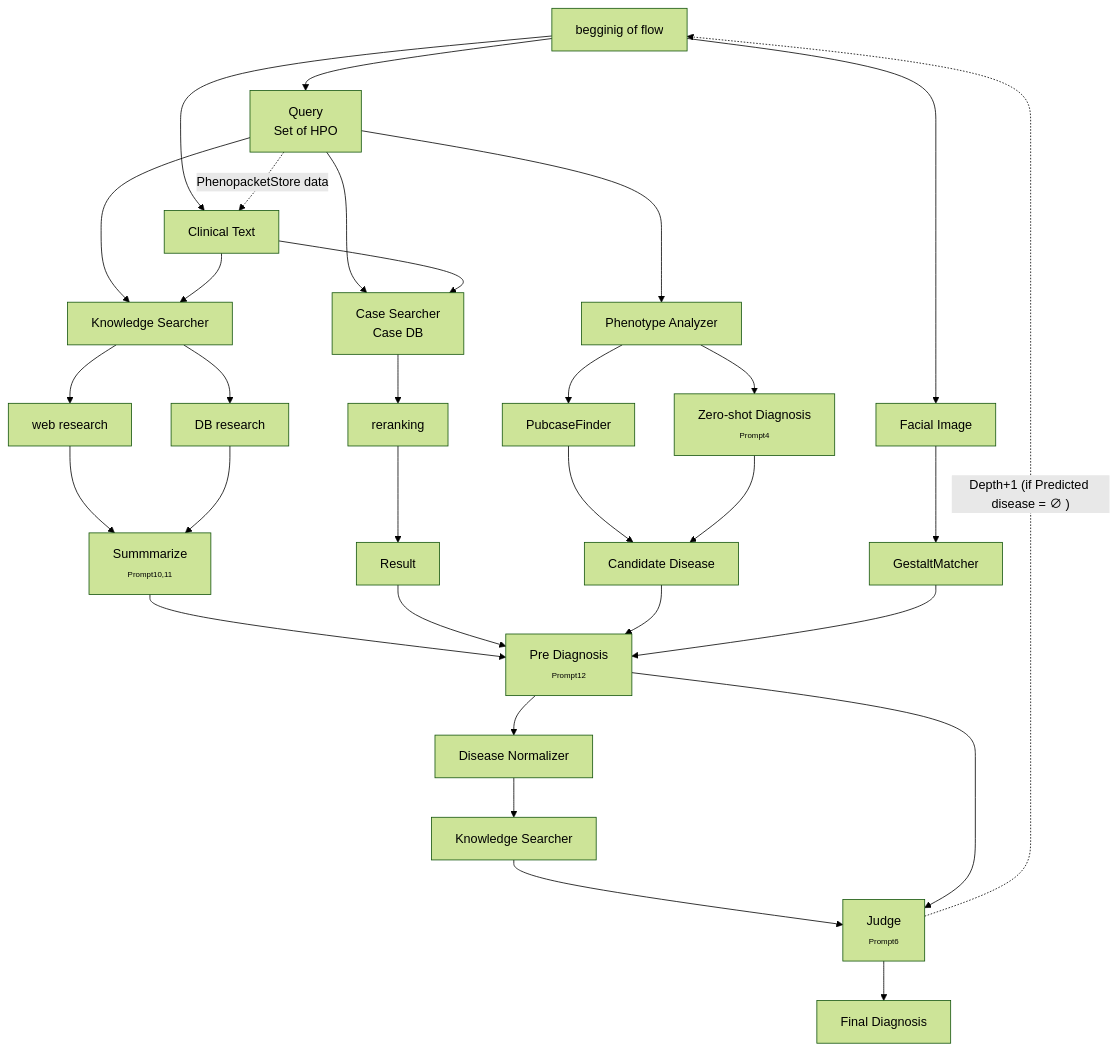
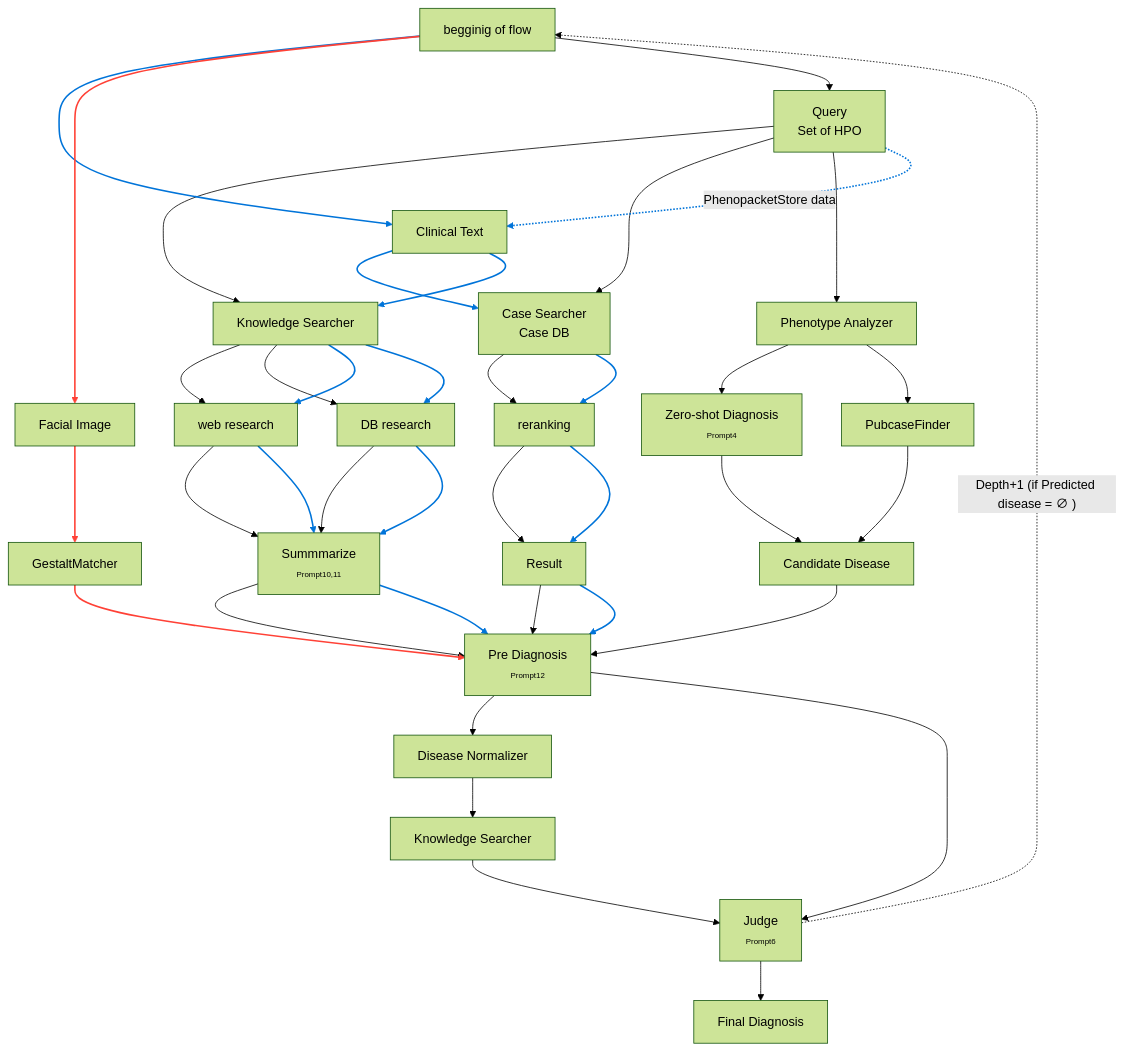
One commit to 708san/AI_AgentForRareDiseaseLocal changed the diagram in README.md. Above: the diagram before and after it, drawn with Mermaid (forest theme). The commit also changed other lines of this file, not shown here.

`````diff
--- a/README.md
+++ b/README.md
@@ -6,41 +6,53 @@
 ```mermaid
 flowchart TD
     START["begginig of flow"]
     Q["Query<br>Set of HPO"] --> KS["Knowledge Searcher"]
     KS --> WS["web research"]
     KS --> DBS["DB research"]
     WS --> S["Summmarize<br><span style='font-size:10px'>Prompt10,11</span>"]
     DBS --> S
     Q --> CS["Case Searcher<br>Case DB"]
     Q --> PA["Phenotype Analyzer"]
     PA --> ZD["Zero-shot Diagnosis<br><span style='font-size:10px'>Prompt4</span>"]
     PA --> PC["PubcaseFinder"]
     PC --> CD
     CT --> CS
     ZD --> CD["Candidate Disease"]
     CS --> RR["reranking"]
     RR --> R["Result"]
     S --> PD["Pre Diagnosis<br><span style='font-size:10px'>Prompt12</span>"]
     R --> PD
     CD --> PD
     PD --> DN["Disease Normalizer"]
     DN --> KSR["Knowledge Searcher"]
     KSR --> J["Judge<br><span style='font-size:10px'>Prompt6</span>"]
     PD --> J
-    CT --> KS
+    CT -->|" "| KS
     J --> FD["Final Diagnosis"]
     J -. "Depth+1 (if Predicted disease = ∅ )" ..->  START
 
     CT["Clinical Text"]
     FI["Facial Image"]
     START --> CT
     START --> FI
     START -->  Q
     Q -. "PhenopacketStore data" .-> CT
     FI --> GM["GestaltMatcher"]
     GM --> PD
-
+    KS -- " " --> WS
+    KS -- " " --> DBS
+    WS -- " " --> S
+    DBS -- " " --> S
+    CS -- " " --> RR
+    RR -- " " --> R
+    S -- " " --> PD
+    R -- " " --> PD
+    %% style for blue arrow
+    linkStyle 10,21,24,27,30,31,32,33,34,35,36,37 stroke:#0074D9,stroke-width:2px;
+    %% style for red arrow
     
+    linkStyle 25,29,28 stroke:#FF4136,stroke-width:2px;
     %% 矢印の色や深さの表現はMermaidでは省略
     %% 青色のループや赤色はコメントで補足
-````
+    
+```
`````
